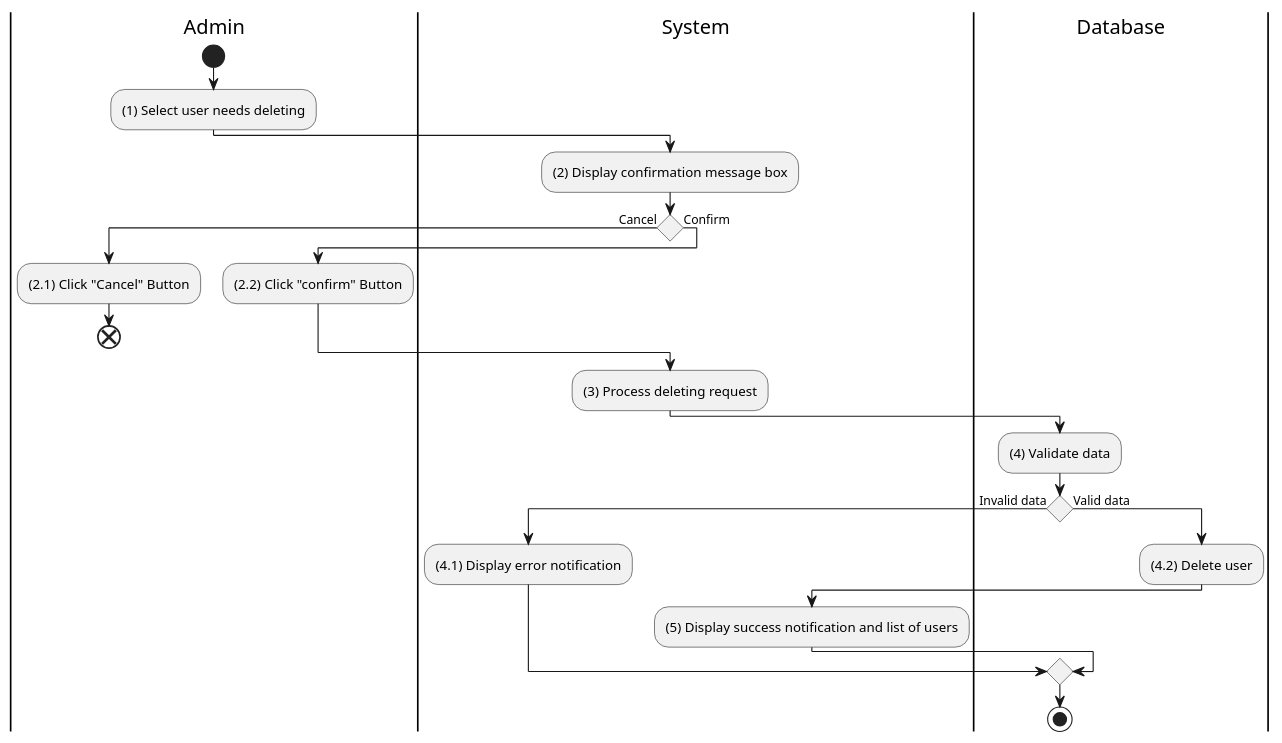
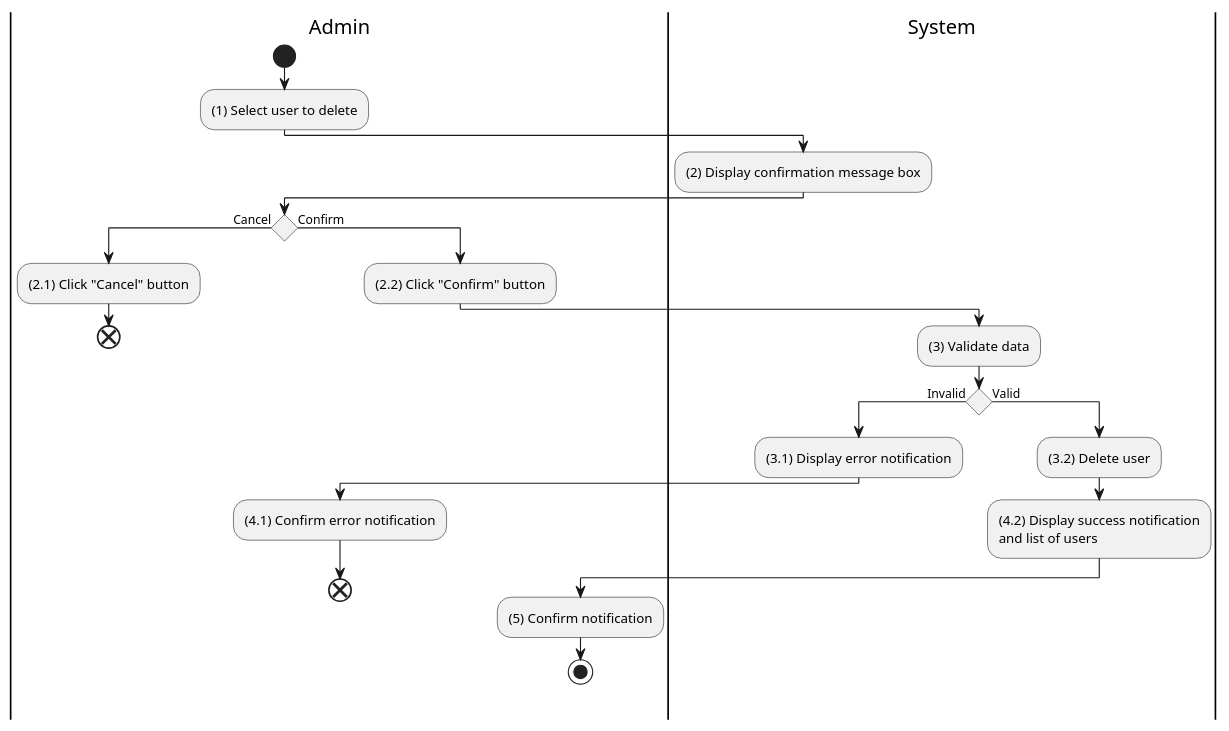
The diagram in docs/software-docs/activity/manage-user/delete-user.md (electricilies/electricilies.github.io), drawn with PlantUML before and after one commit. The commit also changed 47 other files, not shown here.

````diff
--- a/docs/software-docs/activity/manage-user/delete-user.md
+++ b/docs/software-docs/activity/manage-user/delete-user.md
@@ -3,36 +3,35 @@
 ```plantuml
 @startuml
 |A|Admin
 |S|System
-|D|Database
 
 |A|
 start
-:(1) Select user needs deleting;
+:(1) Select user to delete;
 |S|
 :(2) Display confirmation message box;
+|A|
 if () then (Cancel)
-  |A|
-  :(2.1) Click "Cancel" Button;
+  :(2.1) Click "Cancel" button;
   end
 else (Confirm)
-  :(2.2) Click "confirm" Button;
+  :(2.2) Click "Confirm" button;
+  |S|
+  :(3) Validate data;
+  if () then (Invalid)
+    :(3.1) Display error notification;
+    |A|
+    :(4.1) Confirm error notification;
+    end
+  else (Valid)
+    |S|
+    :(3.2) Delete user;
+    :(4.2) Display success notification 
+and list of users;
+    |A|
+    :(5) Confirm notification;
+    stop
+  endif
 endif
-|S|
-:(3) Process deleting request;
-|D|
-:(4) Validate data;
-if () then (Invalid data)
-  |S|
-  :(4.1) Display error notification;
-else (Valid data)
-  |D|
-  :(4.2) Delete user;
-  |S|
-  :(5) Display success notification and list of users;
-endif
-|D|
-stop
-
 @enduml
 ```
````
